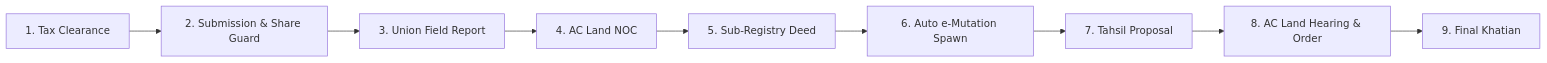
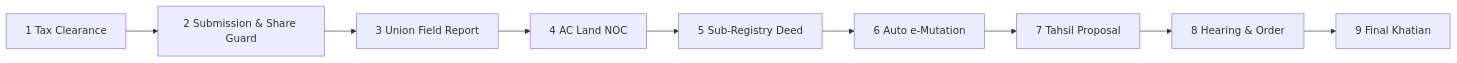
Before and after one commit to BornilMahmud/VumiSeba: the first of 2 diagrams in README.md, drawn with Mermaid. The commit also changed other lines of this file, not shown here.

````diff
--- a/README.md
+++ b/README.md
@@ -122,11 +139,11 @@
 ```mermaid
 graph LR
-    S1["1. Tax Clearance"] --> S2["2. Submission & Share Guard"]
-    S2 --> S3["3. Union Field Report"]
-    S3 --> S4["4. AC Land NOC"]
-    S4 --> S5["5. Sub-Registry Deed"]
-    S5 --> S6["6. Auto e-Mutation Spawn"]
-    S6 --> S7["7. Tahsil Proposal"]
-    S7 --> S8["8. AC Land Hearing & Order"]
-    S8 --> S9["9. Final Khatian"]
+    S1["1 Tax Clearance"] --> S2["2 Submission & Share Guard"]
+    S2 --> S3["3 Union Field Report"]
+    S3 --> S4["4 AC Land NOC"]
+    S4 --> S5["5 Sub-Registry Deed"]
+    S5 --> S6["6 Auto e-Mutation"]
+    S6 --> S7["7 Tahsil Proposal"]
+    S7 --> S8["8 Hearing & Order"]
+    S8 --> S9["9 Final Khatian"]
 ```
````
